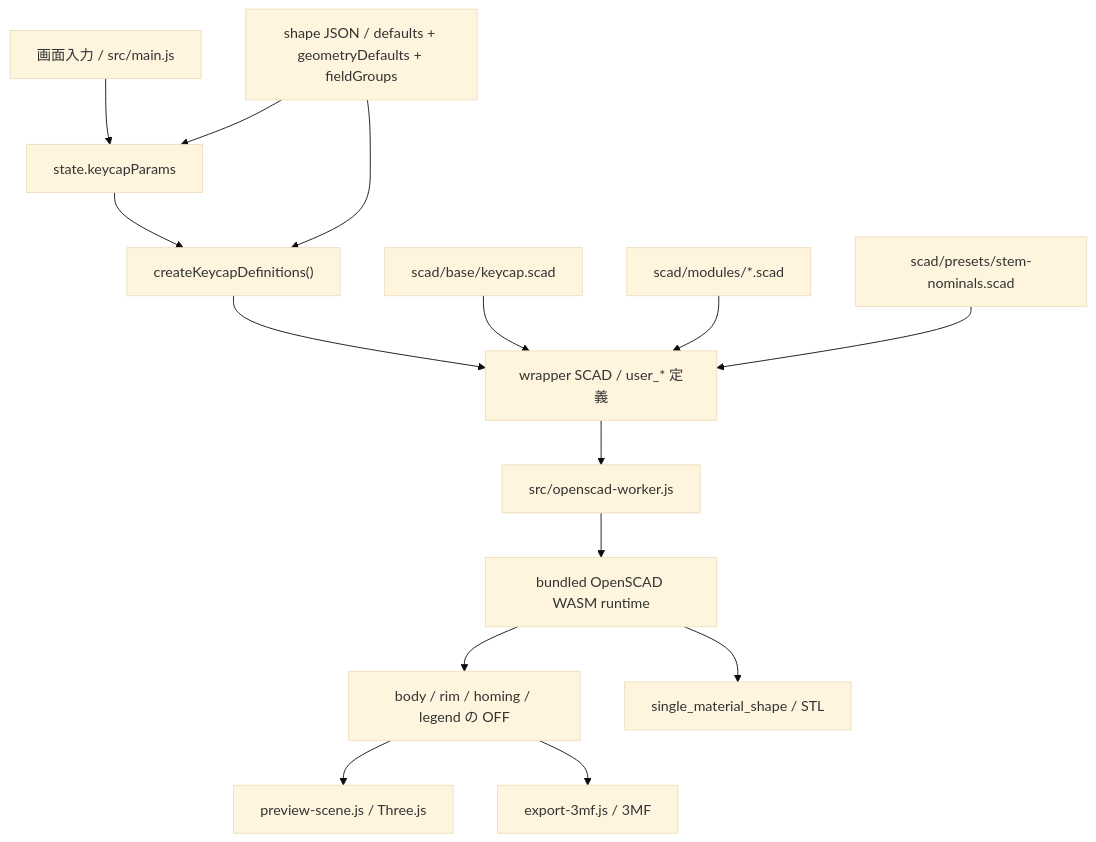
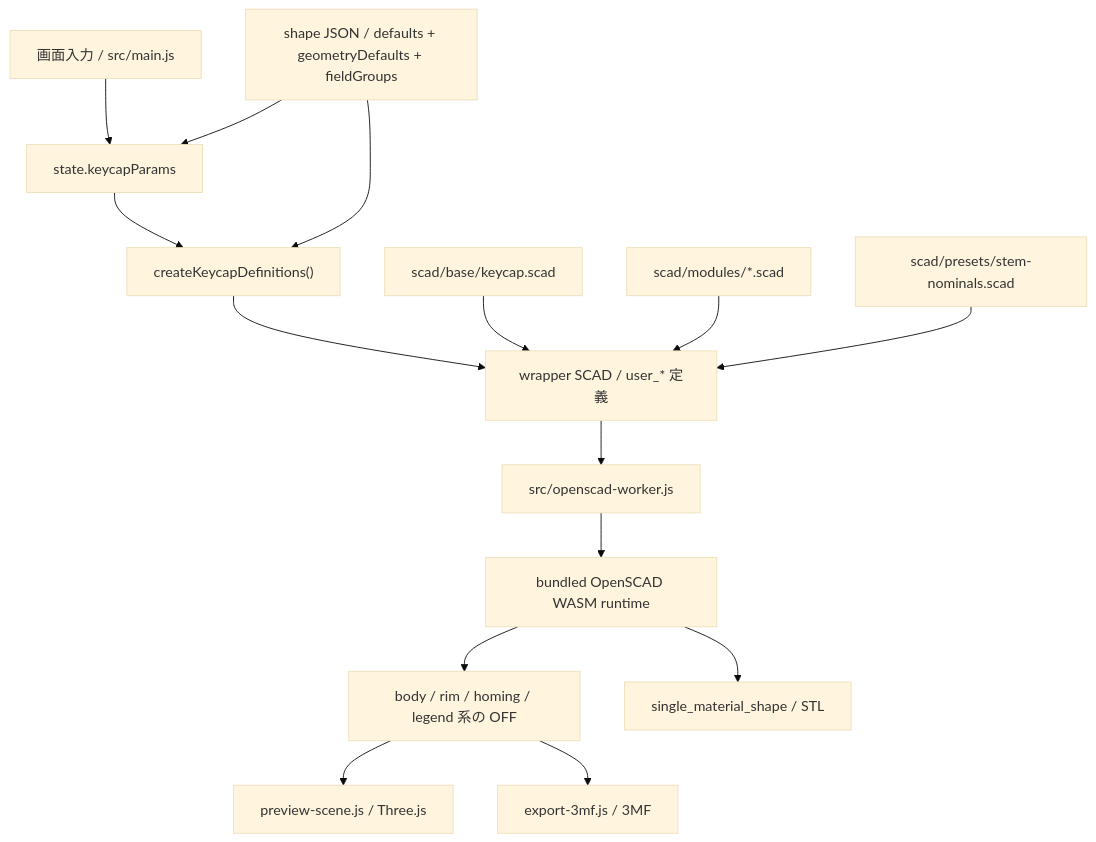
Before and after one commit to Masashi-desu/KeycapMaker: the diagram in docs/architecture/scad-and-export.md, drawn with Mermaid (base theme). The commit also changed other lines of this file and 24 other files, not shown here.

````diff
--- a/docs/architecture/scad-and-export.md
+++ b/docs/architecture/scad-and-export.md
@@ -76,17 +84,17 @@
 ```mermaid
 flowchart TD
   screen["画面入力 / src/main.js"] --> state["state.keycapParams"]
   shapeJson["shape JSON / defaults + geometryDefaults + fieldGroups"] --> state
   state --> bridge["createKeycapDefinitions()"]
   shapeJson --> bridge
   bridge --> wrapper["wrapper SCAD / user_* 定義"]
   scadEntry["scad/base/keycap.scad"] --> wrapper
   scadModules["scad/modules/*.scad"] --> wrapper
   stemNominals["scad/presets/stem-nominals.scad"] --> wrapper
   wrapper --> worker["src/openscad-worker.js"]
   worker --> wasm["bundled OpenSCAD WASM runtime"]
-  wasm --> off["body / rim / homing / legend の OFF"]
+  wasm --> off["body / rim / homing / legend 系の OFF"]
   off --> preview["preview-scene.js / Three.js"]
   off --> export3mf["export-3mf.js / 3MF"]
   wasm --> exportStl["single_material_shape / STL"]
 ```
````
